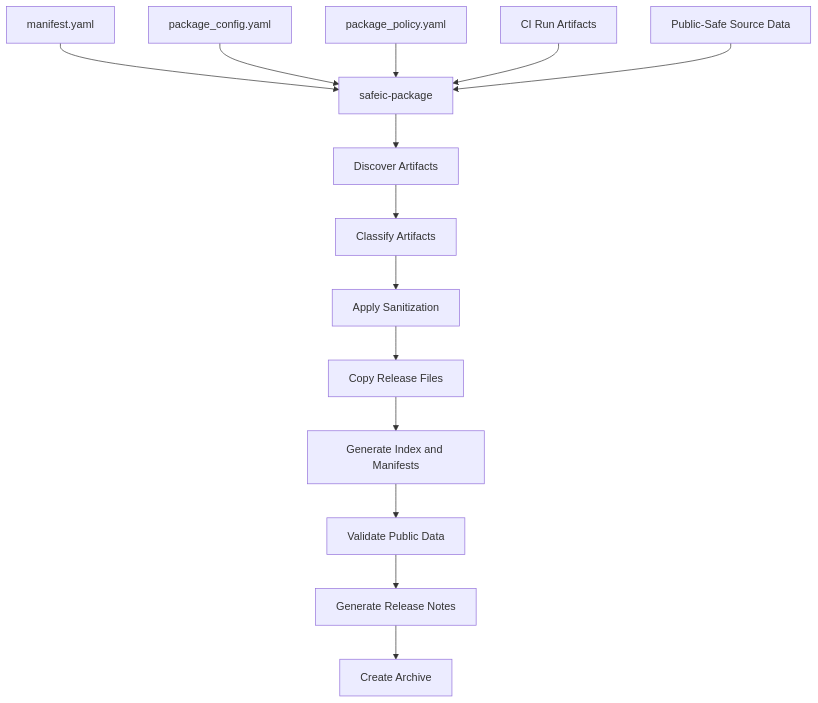
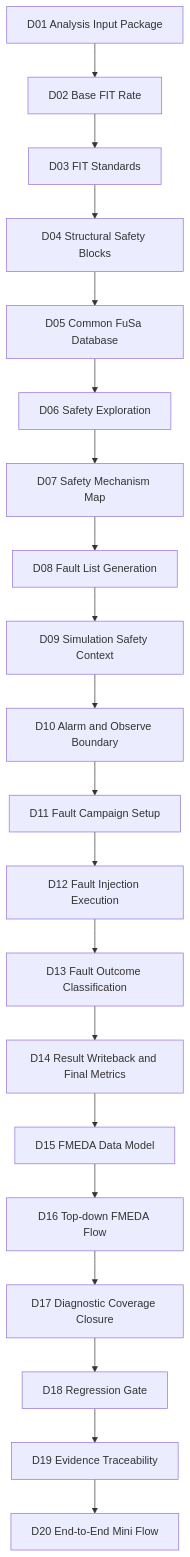
Before and after one commit to qiqixixi1001/automotive-safeic-practice: the first of 2 diagrams in articles/20_automotive_safeic_practice_d20_github_en_public_demo_package.md, drawn with Mermaid. The commit also changed other lines of this file, not shown here.

````diff
--- a/articles/20_automotive_safeic_practice_d20_github_en_public_demo_package.md
+++ b/articles/20_automotive_safeic_practice_d20_github_en_public_demo_package.md
@@ -1083,17 +64,22 @@
 ```mermaid
 flowchart TD
-    A[manifest.yaml] --> T[safeic-package]
-    B[package_config.yaml] --> T
-    C[package_policy.yaml] --> T
-    D[CI Run Artifacts] --> T
-    E[Public-Safe Source Data] --> T
-
-    T --> F[Discover Artifacts]
-    F --> G[Classify Artifacts]
-    G --> H[Apply Sanitization]
-    H --> I[Copy Release Files]
-    I --> J[Generate Index and Manifests]
-    J --> K[Validate Public Data]
-    K --> L[Generate Release Notes]
-    L --> M[Create Archive]
+    D01[D01 Analysis Input Package] --> D02[D02 Base FIT Rate]
+    D02 --> D03[D03 FIT Standards]
+    D03 --> D04[D04 Structural Safety Blocks]
+    D04 --> D05[D05 Common FuSa Database]
+    D05 --> D06[D06 Safety Exploration]
+    D06 --> D07[D07 Safety Mechanism Map]
+    D07 --> D08[D08 Fault List Generation]
+    D08 --> D09[D09 Simulation Safety Context]
+    D09 --> D10[D10 Alarm and Observe Boundary]
+    D10 --> D11[D11 Fault Campaign Setup]
+    D11 --> D12[D12 Fault Injection Execution]
+    D12 --> D13[D13 Fault Outcome Classification]
+    D13 --> D14[D14 Result Writeback and Final Metrics]
+    D14 --> D15[D15 FMEDA Data Model]
+    D15 --> D16[D16 Top-down FMEDA Flow]
+    D16 --> D17[D17 Diagnostic Coverage Closure]
+    D17 --> D18[D18 Regression Gate]
+    D18 --> D19[D19 Evidence Traceability]
+    D19 --> D20[D20 End-to-End Mini Flow]
 ```
````
